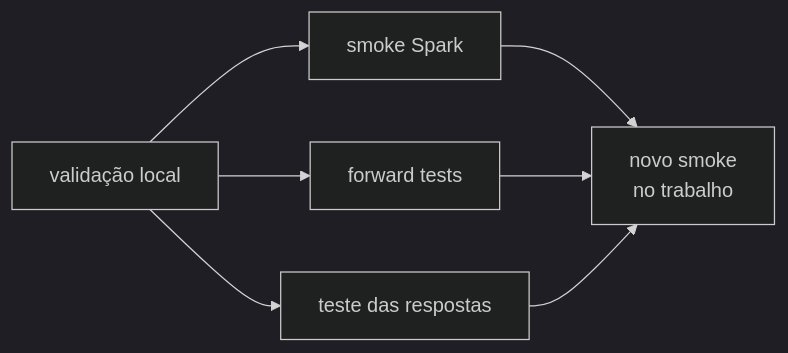
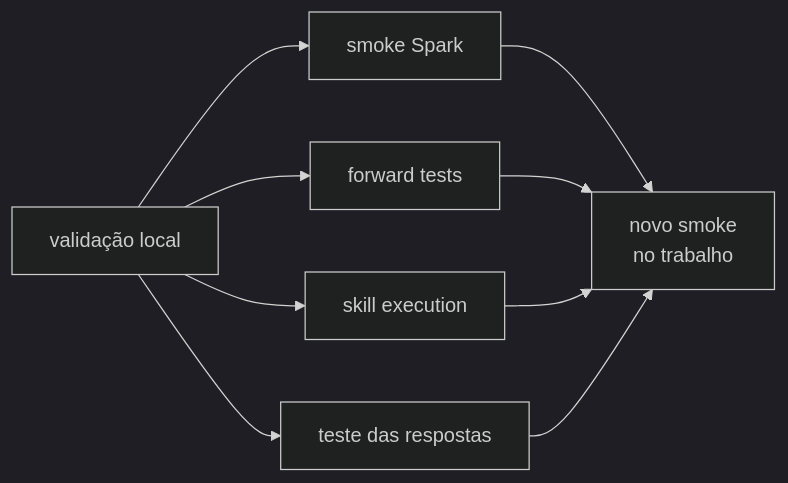
Before and after one commit to Guimarais-R-Rodrigo/Ambiente_Databricks: the diagram in docs/testes/README.md, drawn with Mermaid (dark theme). The commit also changed other lines of this file, not shown here.

Commit message:
docs(SE00): integrar skill execution ao mapa de testes

````diff
--- a/docs/testes/README.md
+++ b/docs/testes/README.md
@@ -14,9 +15,11 @@
 ```mermaid
 flowchart LR
   L["validação local"] --> S["smoke Spark"]
   L --> F["forward tests"]
+  L --> E["skill execution"]
   L --> P["teste das respostas"]
   S --> W["novo smoke<br/>no trabalho"]
   F --> W
+  E --> W
   P --> W
 ```
````
